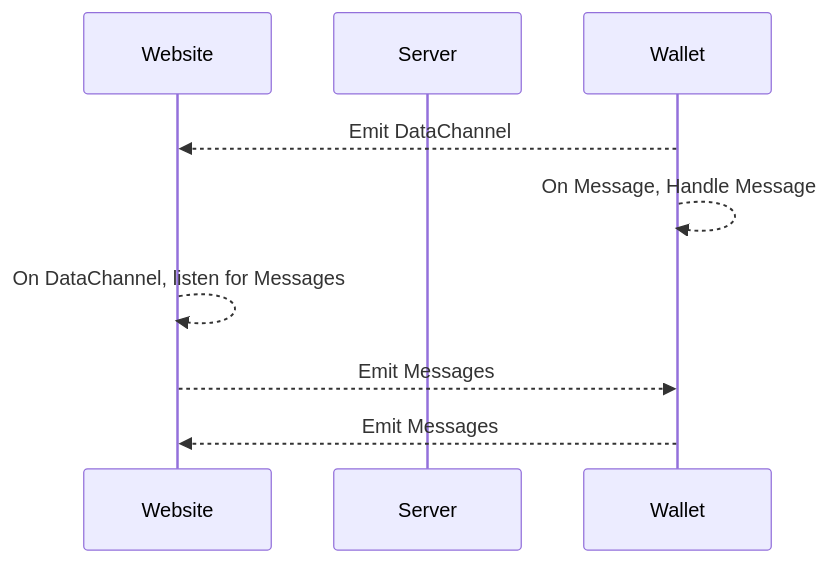
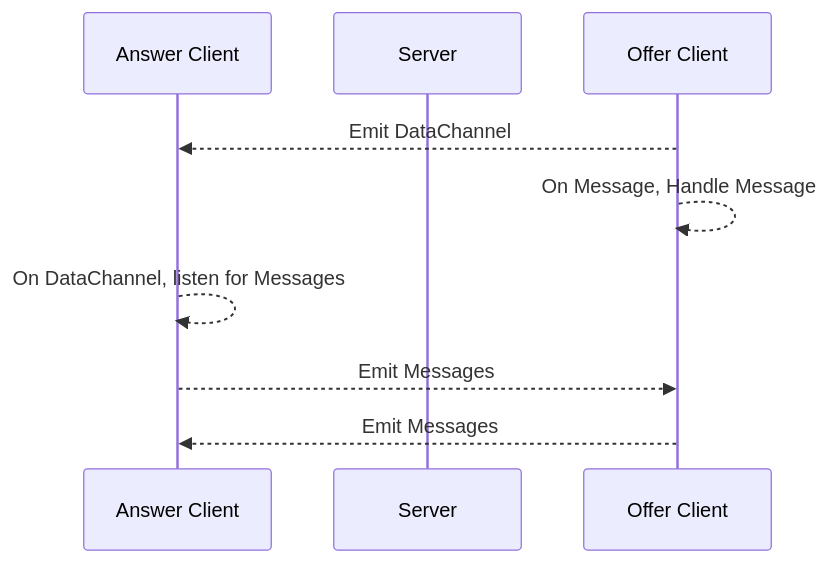
The fifth of 5 diagrams in docs/src/content/docs/architecture.md (PhearZero/liquid-auth), drawn with Mermaid before and after one commit. The commit also changed other lines of this file and 39 other files, not shown here.

````diff
--- a/docs/src/content/docs/architecture.md
+++ b/docs/src/content/docs/architecture.md
@@ -100,11 +91,11 @@
 ```mermaid
 sequenceDiagram
-    participant Website
+    participant Website as Answer Client
     participant Server
-    participant Wallet
+    participant Wallet as Offer Client
     Wallet-->>Website: Emit DataChannel
     Wallet-->>Wallet: On Message, Handle Message
     Website-->>Website: On DataChannel, listen for Messages
     Website-->>Wallet: Emit Messages
     Wallet-->>Website: Emit Messages
 ```
````
